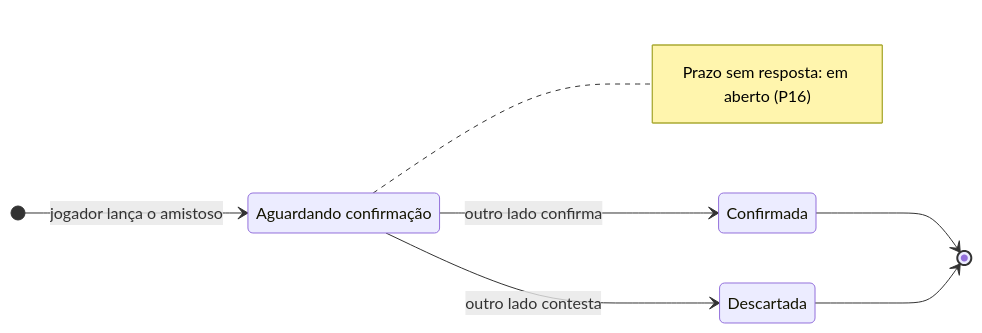
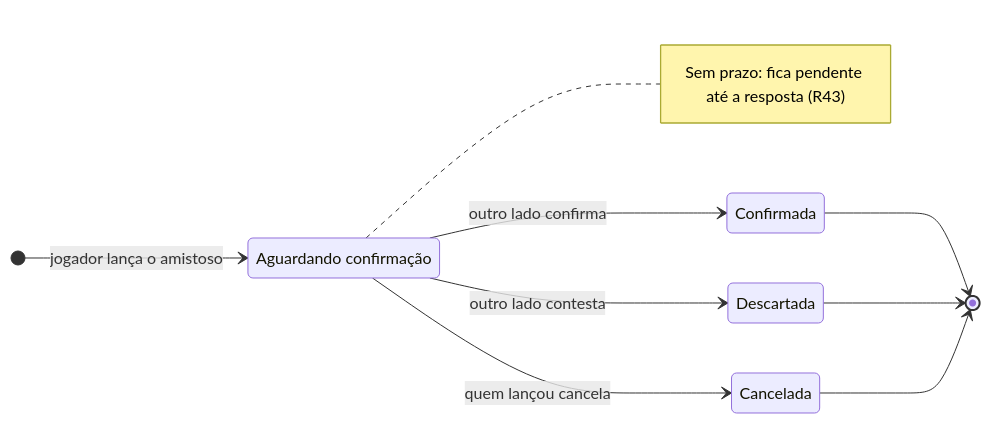
The third of 3 diagrams in docs/DOMAIN.md (gabriel-vilano/btapp), drawn with Mermaid before and after one commit. The commit also changed other lines of this file, not shown here.

````diff
--- a/docs/DOMAIN.md
+++ b/docs/DOMAIN.md
@@ -368,17 +369,20 @@
 ```mermaid
 stateDiagram-v2
     direction LR
     state "Aguardando confirmação" as Aguardando
     state "Confirmada" as Confirmada
     state "Descartada" as Descartada
+    state "Cancelada" as Cancelada
 
     [*] --> Aguardando: jogador lança o amistoso
     Aguardando --> Confirmada: outro lado confirma
     Aguardando --> Descartada: outro lado contesta
+    Aguardando --> Cancelada: quem lançou cancela
     Confirmada --> [*]
     Descartada --> [*]
+    Cancelada --> [*]
 
     note right of Aguardando
-        Prazo sem resposta: em aberto (P16)
+        Sem prazo: fica pendente até a resposta (R43)
     end note
 ```
````
